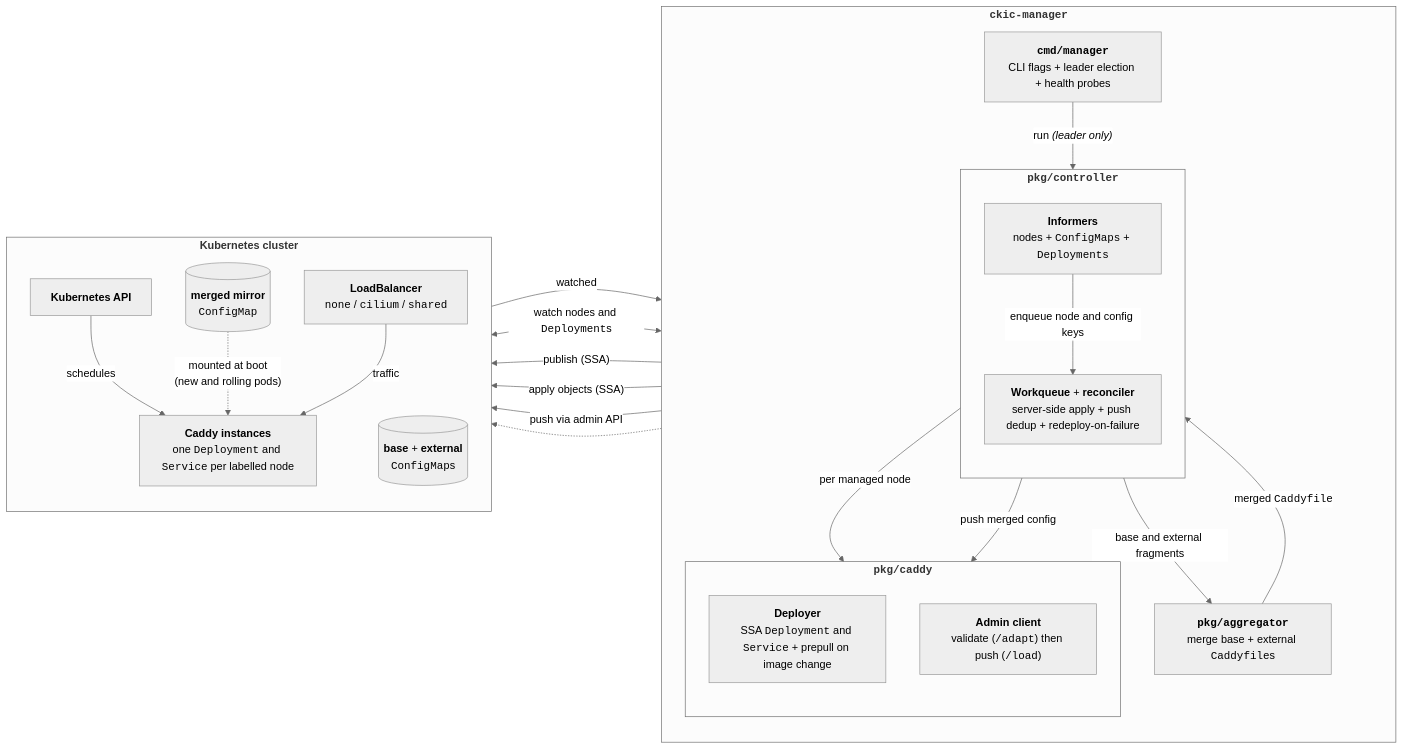
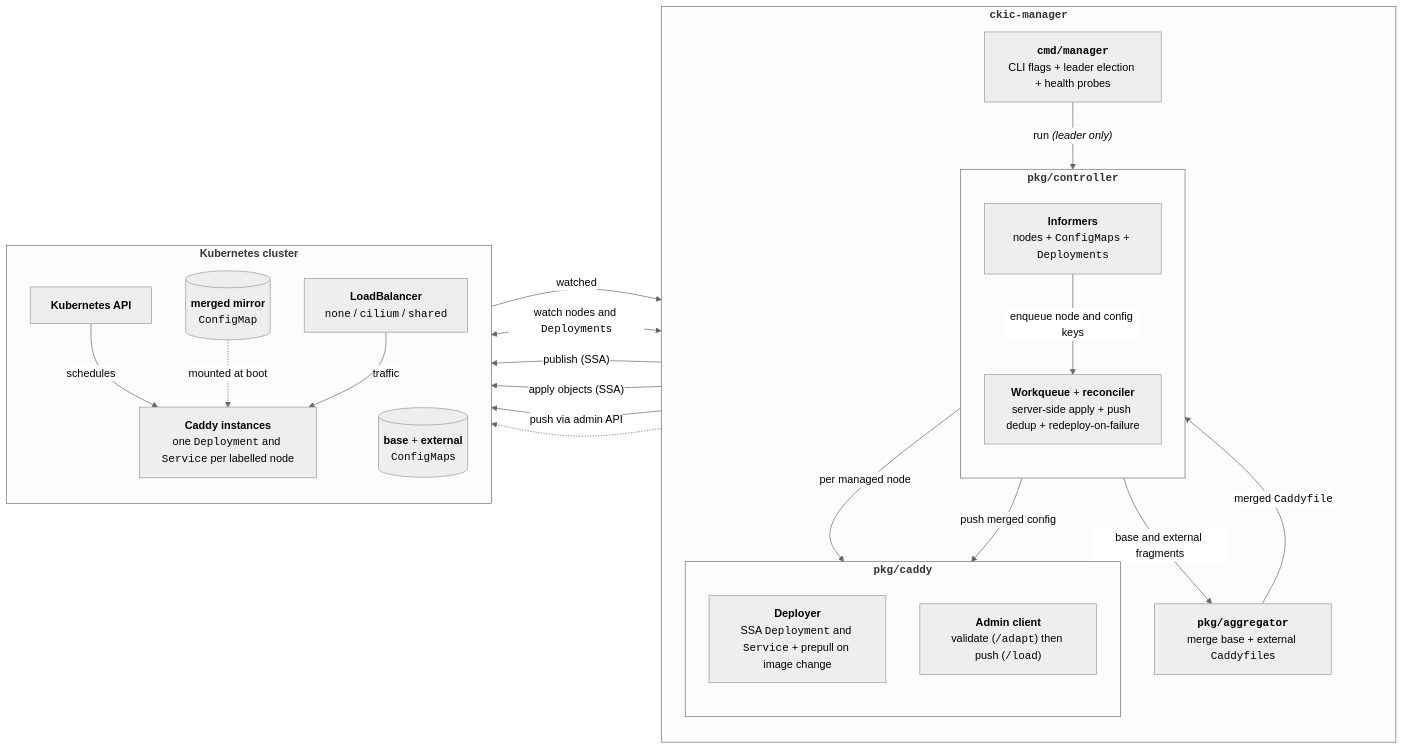
The diagram in README.md (vapronva/ckic), drawn with Mermaid (neutral theme) before and after one commit. The commit also changed 4 other files, not shown here.

````diff
--- a/README.md
+++ b/README.md
@@ -7,41 +7,41 @@
 ```mermaid
 flowchart LR
     subgraph Manager["<b><code>ckic-manager</code></b>"]
         direction TB
         Entry["<b><code>cmd/manager</code></b><br/>CLI flags + leader election + health probes"]
         subgraph Ctrl["<b><code>pkg/controller</code></b>"]
             direction TB
             Informers["<b>Informers</b><br/>nodes + <code>ConfigMaps</code> + <code>Deployments</code>"]
             Reconciler["<b>Workqueue</b> + <b>reconciler</b><br/>server-side apply + push dedup + redeploy-on-failure"]
         end
         Aggregator["<b><code>pkg/aggregator</code></b><br/>merge base + external <code>Caddyfile</code>s"]
         subgraph CaddyPkg["<b><code>pkg/caddy</code></b>"]
             direction TB
             Deployer["<b>Deployer</b><br/>SSA <code>Deployment</code> and <code>Service</code> + prepull on image change"]
             Admin["<b>Admin client</b><br/>validate (<code>/adapt</code>) then push (<code>/load</code>)"]
         end
         Entry -->|"run <i>(leader only)</i>"| Reconciler
         Informers -->|"enqueue node and config keys"| Reconciler
         Informers -->|"base and external fragments"| Aggregator
         Aggregator -->|"merged <code>Caddyfile</code>"| Reconciler
         Reconciler -->|"per managed node"| Deployer
         Reconciler -->|"push merged config"| Admin
     end
     subgraph Cluster["<b>Kubernetes cluster</b>"]
         direction TB
         K8s["<b>Kubernetes API</b>"]
         ConfigMaps[("<b>base</b> + <b>external</b><br/><code>ConfigMap</code>s")]
         MirrorCM[("<b>merged mirror</b><br/><code>ConfigMap</code>")]
         Instances["<b>Caddy instances</b><br/>one <code>Deployment</code> and <code>Service</code> per labelled node"]
         LB["<b>LoadBalancer</b><br/><code>none</code> / <code>cilium</code> / <code>shared</code>"]
     end
     Informers <-->|"watch nodes and <code>Deployment</code>s"| K8s
     ConfigMaps -->|"watched"| Informers
     Aggregator -->|"publish (SSA)"| MirrorCM
     Deployer -->|"apply objects (SSA)"| K8s
     K8s -->|"schedules"| Instances
-    MirrorCM -.->|"mounted at boot<br/>(new and rolling pods)"| Instances
+    MirrorCM -.->|"mounted at boot"| Instances
     Admin -->|"push via admin API"| Instances
     Deployer -.-> LB
     LB -->|"traffic"| Instances
 ```
````
